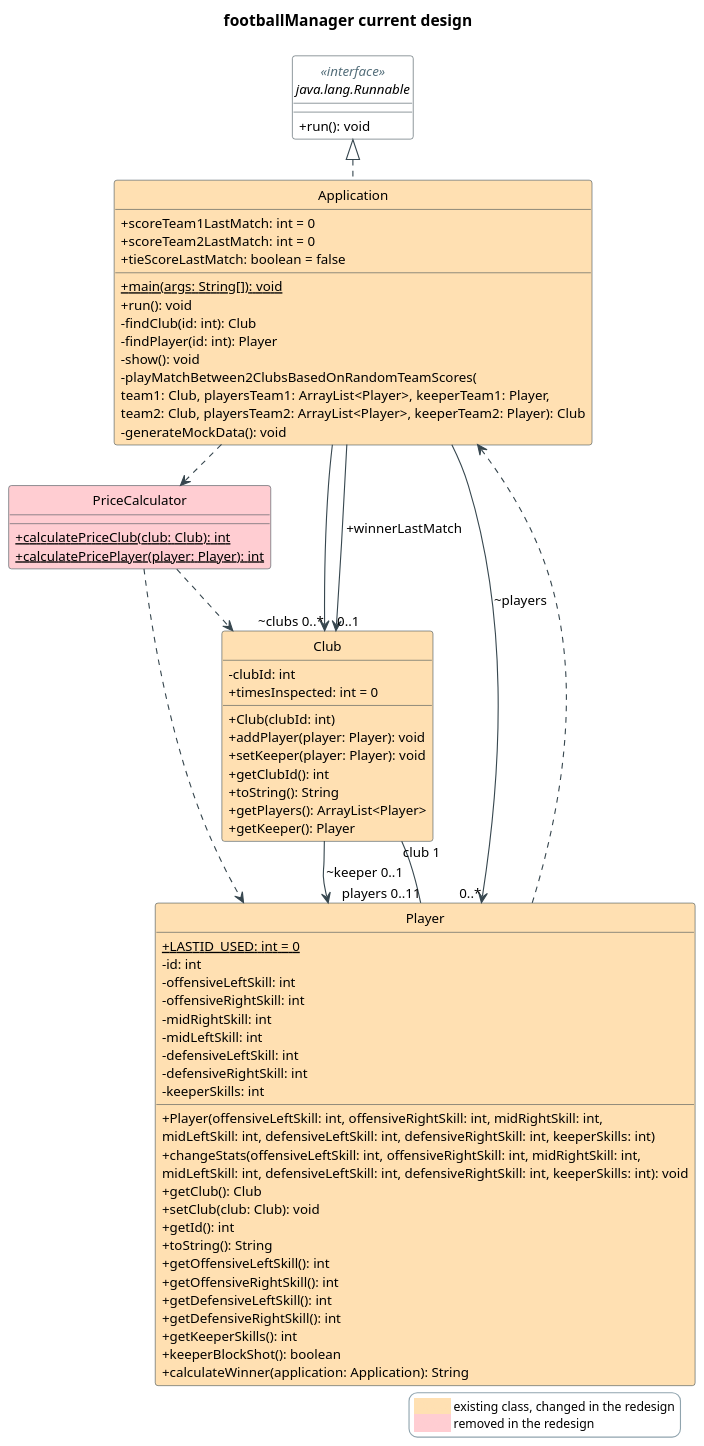
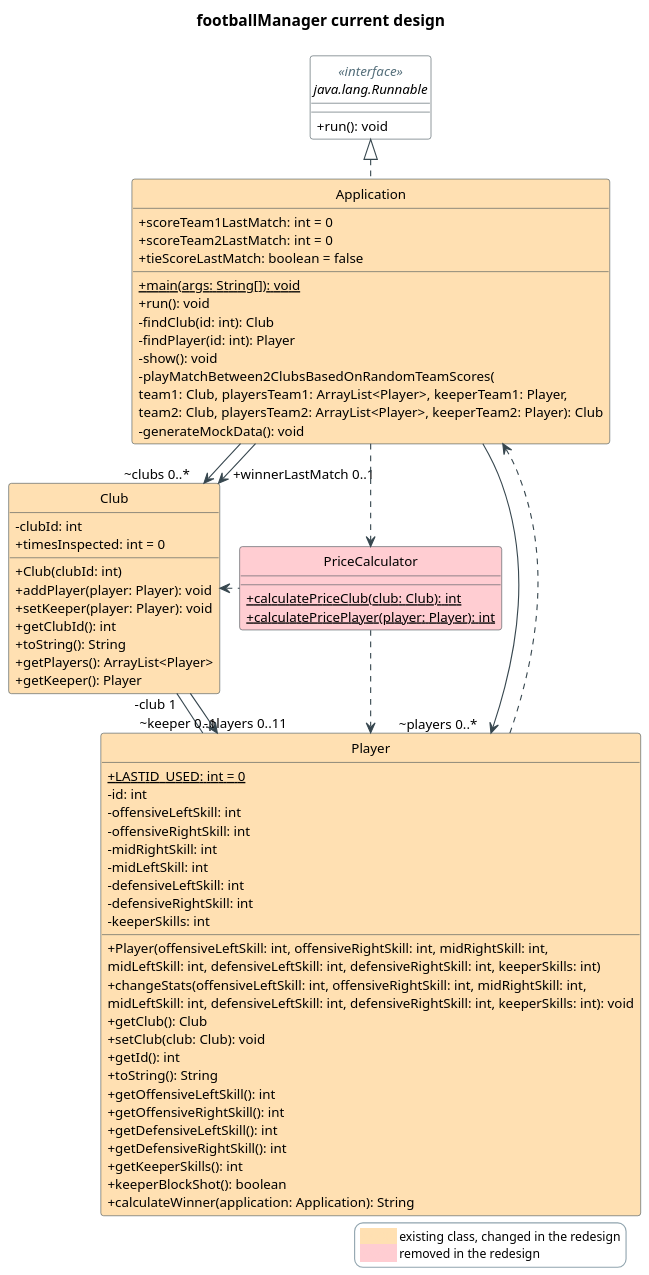
One commit to RokasPazera/system-design changed the diagram in week6/assignment3/diagrams/footballManager-current.puml. Above: the diagram before and after it, drawn with PlantUML. The commit also changed 7 other files, not shown here.

```diff
--- a/week6/assignment3/diagrams/footballManager-current.puml
+++ b/week6/assignment3/diagrams/footballManager-current.puml
@@ -1,107 +1,108 @@
 @startuml footballManager-current
 ' footballManager current design (week 5 code, before the redesign).
 ' Colours: orange = class that changes in the redesign, red = class removed in the redesign.
 !pragma layout smetana
 
 skinparam dpi 130
 skinparam shadowing false
 skinparam classAttributeIconSize 0
 skinparam defaultFontName Arial
 skinparam defaultFontSize 12
 skinparam nodesep 50
 skinparam ranksep 60
 hide circle
 
 skinparam class {
   BackgroundColor #FFFFFF
   BorderColor #37474F
   ArrowColor #37474F
   StereotypeFontColor #546E7A
 }
 skinparam legend {
   BackgroundColor #FFFFFF
   BorderColor #90A4AE
   FontSize 11
 }
 
 title footballManager current design
 
 interface "java.lang.Runnable" as Runnable <<interface>> {
   + run(): void
 }
 
 class Application #FFE0B2 {
   + scoreTeam1LastMatch: int = 0
   + scoreTeam2LastMatch: int = 0
   + tieScoreLastMatch: boolean = false
   {static} + main(args: String[]): void
   + run(): void
   - findClub(id: int): Club
   - findPlayer(id: int): Player
   - show(): void
   - playMatchBetween2ClubsBasedOnRandomTeamScores(
   {method}     team1: Club, playersTeam1: ArrayList<Player>, keeperTeam1: Player,
   {method}     team2: Club, playersTeam2: ArrayList<Player>, keeperTeam2: Player): Club
   - generateMockData(): void
 }
 
 class PriceCalculator #FFCDD2 {
   {static} + calculatePriceClub(club: Club): int
   {static} + calculatePricePlayer(player: Player): int
 }
 
 class Club #FFE0B2 {
   - clubId: int
   + timesInspected: int = 0
   + Club(clubId: int)
   + addPlayer(player: Player): void
   + setKeeper(player: Player): void
   + getClubId(): int
   + toString(): String
   + getPlayers(): ArrayList<Player>
   + getKeeper(): Player
 }
 
 class Player #FFE0B2 {
   {static} + LASTID_USED: int = 0
   - id: int
   - offensiveLeftSkill: int
   - offensiveRightSkill: int
   - midRightSkill: int
   - midLeftSkill: int
   - defensiveLeftSkill: int
   - defensiveRightSkill: int
   - keeperSkills: int
   + Player(offensiveLeftSkill: int, offensiveRightSkill: int, midRightSkill: int,
   {method}     midLeftSkill: int, defensiveLeftSkill: int, defensiveRightSkill: int, keeperSkills: int)
   + changeStats(offensiveLeftSkill: int, offensiveRightSkill: int, midRightSkill: int,
   {method}     midLeftSkill: int, defensiveLeftSkill: int, defensiveRightSkill: int, keeperSkills: int): void
   + getClub(): Club
   + setClub(club: Club): void
   + getId(): int
   + toString(): String
   + getOffensiveLeftSkill(): int
   + getOffensiveRightSkill(): int
   + getDefensiveLeftSkill(): int
   + getDefensiveRightSkill(): int
   + getKeeperSkills(): int
   + keeperBlockShot(): boolean
   + calculateWinner(application: Application): String
 }
 
+' The direction hint and the &#8195; (em space) padding keep the end labels clear of the lines in the smetana layout.
 Runnable <|.. Application
-Application --> "~clubs 0..*" Club
+Application --> "~clubs 0..*&#8195;" Club
+Application --> "&#8195;+winnerLastMatch 0..1" Club
 Application ..> PriceCalculator
-PriceCalculator ..> Club
+PriceCalculator .left.> Club
 PriceCalculator ..> Player
-Application --> "0..1" Club : +winnerLastMatch
-Club "club 1" -- "players 0..11" Player
-Club --> Player : ~keeper 0..1
-Application --> "0..*" Player : ~players
+Club "-club 1" -- "-players 0..11&#8195;" Player
+Club --> "&#8195;~keeper 0..1" Player
+Application --> "~players 0..*&#8195;" Player
 Player ..> Application
 
 legend right
   <back:#FFE0B2><color:#FFE0B2>XXXXX</color></back> existing class, changed in the redesign
   <back:#FFCDD2><color:#FFCDD2>XXXXX</color></back> removed in the redesign
 endlegend
 @enduml
```
